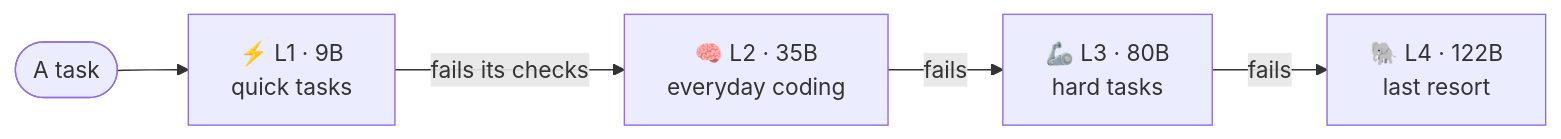
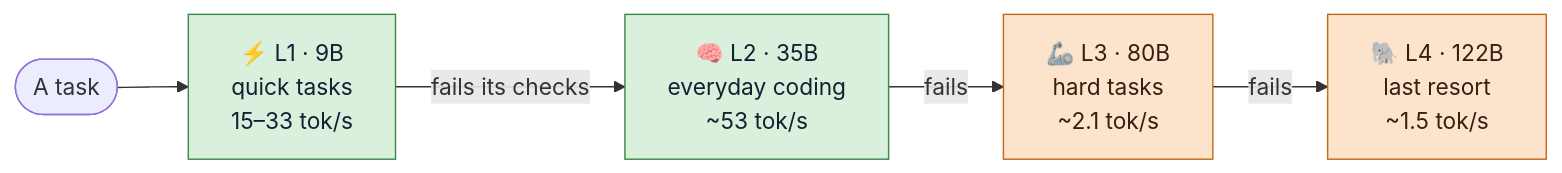
One commit to nightguard-labs/code-smash-teti changed the diagram in README.md. Above: the diagram before and after it, drawn with Mermaid. The commit also changed other lines of this file, not shown here.

Commit message:
README: badges, color-coded stack diagram (RAM vs SSD), at-a-glance numbers

````diff
--- a/README.md
+++ b/README.md
@@ -18,7 +23,11 @@
 ```mermaid
 flowchart LR
-  T([A task]) --> L1["⚡ L1 · 9B<br/>quick tasks"]
-  L1 -- "fails its checks" --> L2["🧠 L2 · 35B<br/>everyday coding"]
-  L2 -- "fails" --> L3["🦾 L3 · 80B<br/>hard tasks"]
-  L3 -- "fails" --> L4["🐘 L4 · 122B<br/>last resort"]
+  T([A task]) --> L1["⚡ L1 · 9B<br/>quick tasks<br/>15–33 tok/s"]
+  L1 -- "fails its checks" --> L2["🧠 L2 · 35B<br/>everyday coding<br/>~53 tok/s"]
+  L2 -- "fails" --> L3["🦾 L3 · 80B<br/>hard tasks<br/>~2.1 tok/s"]
+  L3 -- "fails" --> L4["🐘 L4 · 122B<br/>last resort<br/>~1.5 tok/s"]
+  classDef ram fill:#d8f0dc,stroke:#3a8a4a,color:#123
+  classDef ssd fill:#fbe3cc,stroke:#c46a1a,color:#321
+  class L1,L2 ram
+  class L3,L4 ssd
 ```
````
